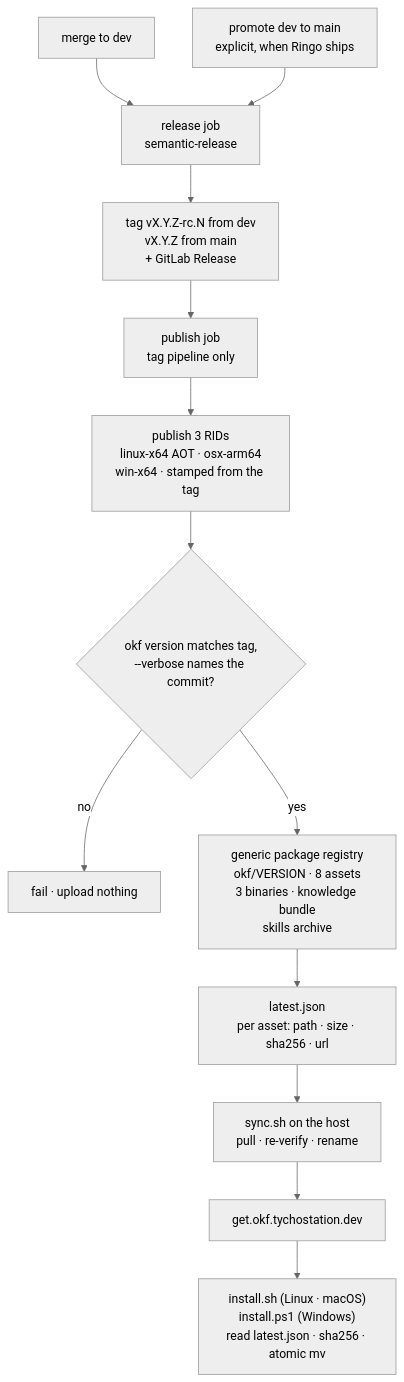
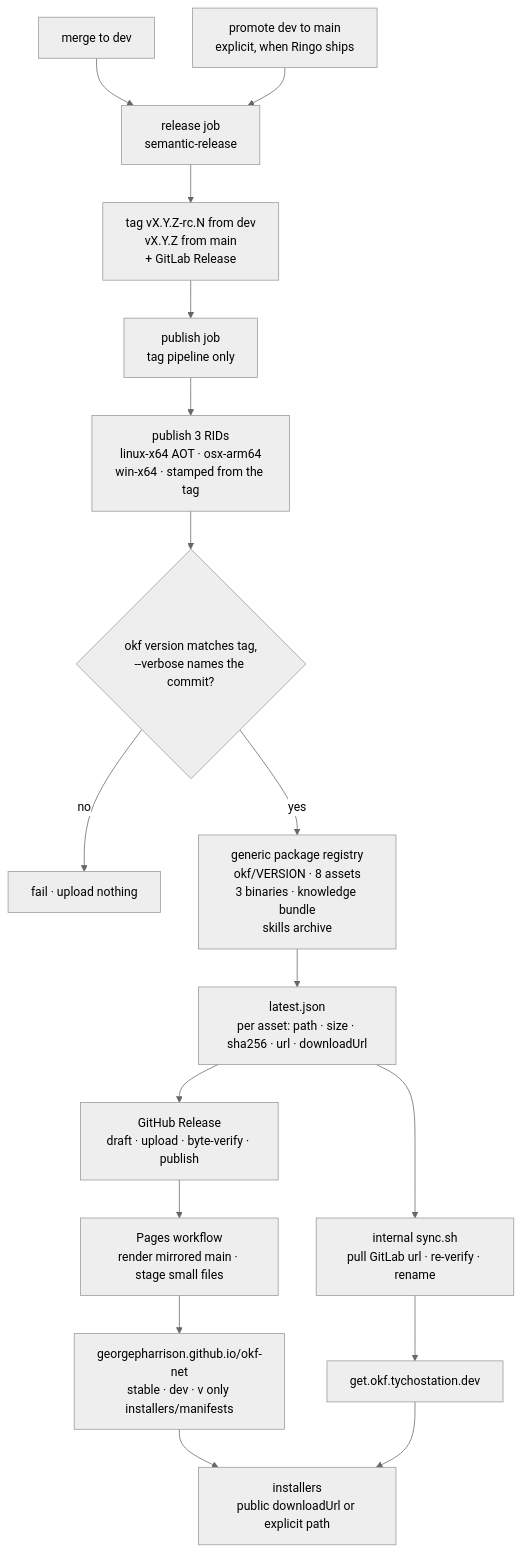
The fifth of 7 diagrams in docs/architecture.md (georgepharrison/okf-net), drawn with Mermaid (neutral theme) before and after one commit. The commit also changed other lines of this file and 21 other files, not shown here.

Commit message:
feat(ci): publish public GitHub releases and Pages

````diff
--- a/docs/architecture.md
+++ b/docs/architecture.md
@@ -1084,15 +1106,19 @@
 ```mermaid
 flowchart TB
     merge["merge to dev"] --> rel["release job<br/>semantic-release"]
     promote["promote dev to main<br/>explicit, when Ringo ships"] --> rel
     rel --> tag["tag vX.Y.Z-rc.N from dev<br/>vX.Y.Z from main<br/>+ GitLab Release"]
     tag --> pub["publish job<br/>tag pipeline only"]
     pub --> build["publish 3 RIDs<br/>linux-x64 AOT · osx-arm64<br/>win-x64 · stamped from the tag"]
     build --> gate{"okf version matches tag,<br/>--verbose names the commit?"}
     gate -- no --> stop["fail · upload nothing"]
     gate -- yes --> reg["generic package registry<br/>okf/VERSION · 8 assets<br/>3 binaries · knowledge bundle<br/>skills archive"]
-    reg --> man["latest.json<br/>per asset: path · size · sha256 · url"]
-    man --> sync["sync.sh on the host<br/>pull · re-verify · rename"]
+    reg --> man["latest.json<br/>per asset: path · size · sha256 · url · downloadUrl"]
+    man --> github["GitHub Release<br/>draft · upload · byte-verify · publish"]
+    github --> pages["Pages workflow<br/>render mirrored main · stage small files"]
+    pages --> public["georgepharrison.github.io/okf-net<br/>stable · dev · v<version> only installers/manifests"]
+    man --> sync["internal sync.sh<br/>pull GitLab url · re-verify · rename"]
     sync --> host["get.okf.tychostation.dev"]
-    host --> inst["install.sh (Linux · macOS)<br/>install.ps1 (Windows)<br/>read latest.json · sha256 · atomic mv"]
+    public --> inst["installers<br/>public downloadUrl or explicit path"]
+    host --> inst
 ```
````
